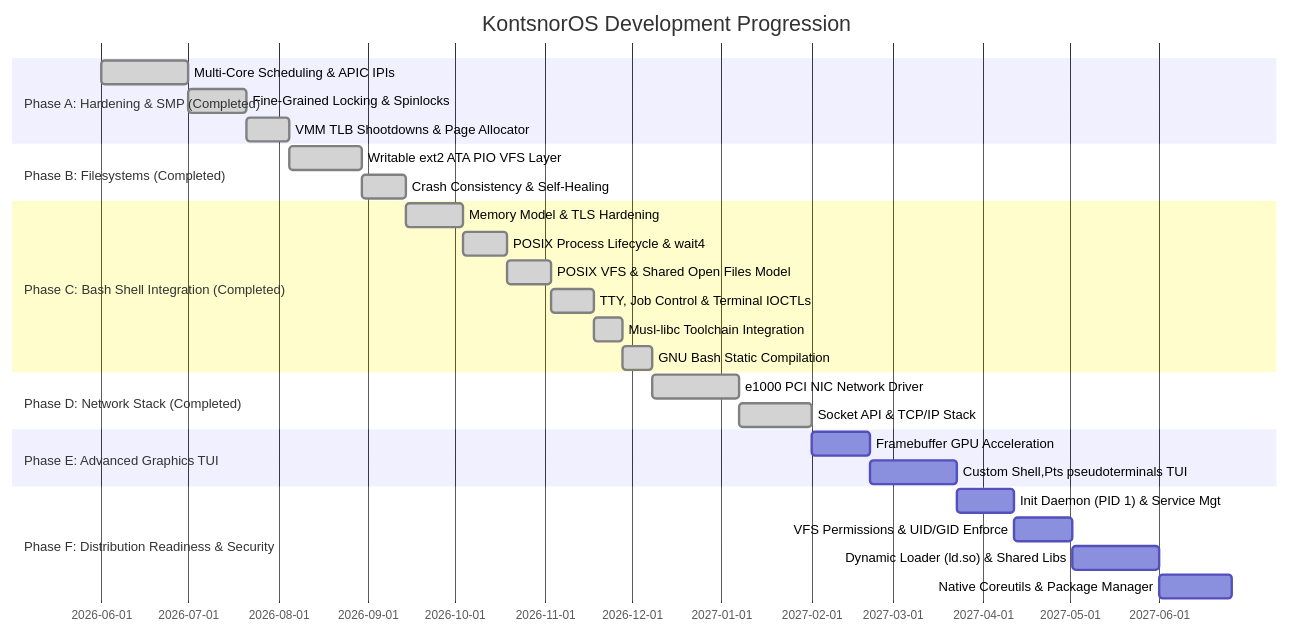
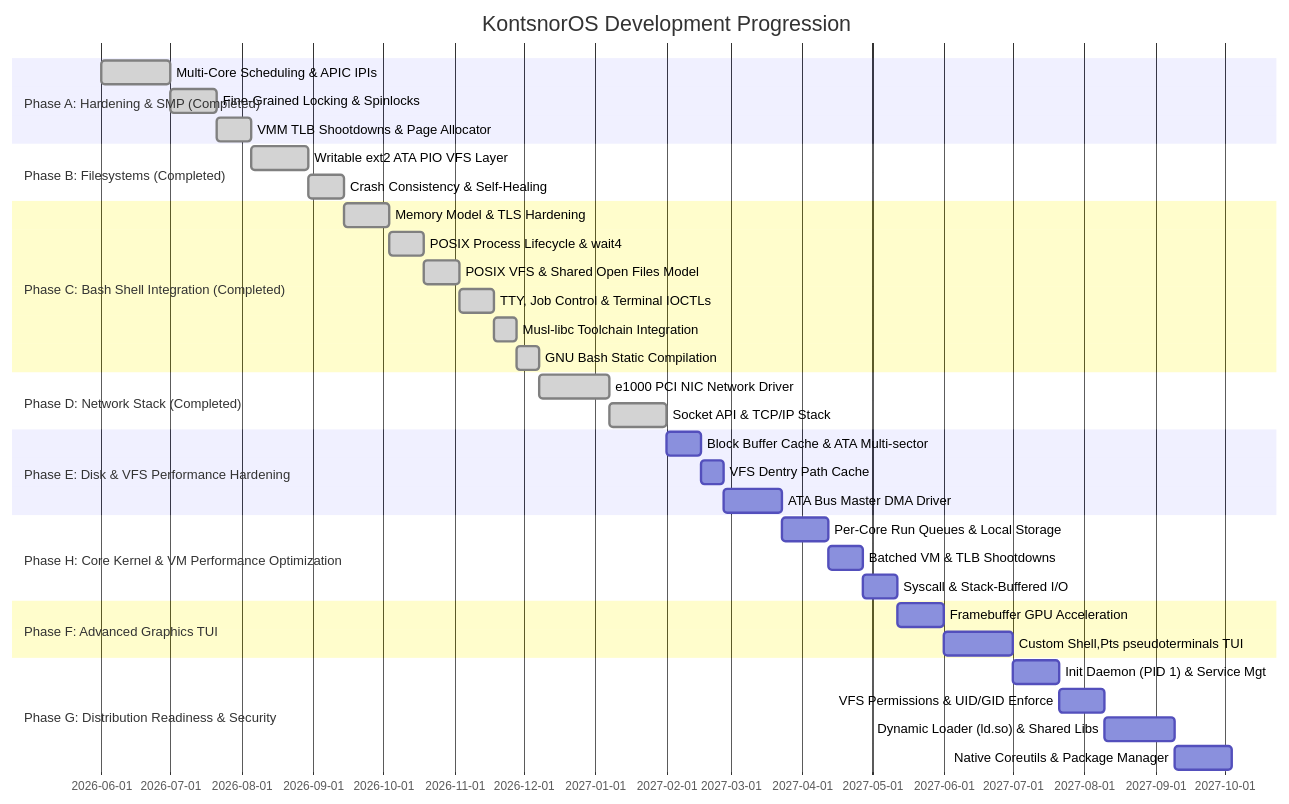
One commit to Kontsnor/KontsnorOS changed the diagram in docs/roadmap.md. Above: the diagram before and after it, drawn with Mermaid. The commit also changed other lines of this file, not shown here.

Commit message:
docs: integrate Phase H performance enhancements and renumber subsequent phases

````diff
--- a/docs/roadmap.md
+++ b/docs/roadmap.md
@@ -9,30 +9,38 @@
 ```mermaid
 gantt
     title KontsnorOS Development Progression
     dateFormat  YYYY-MM-DD
     section Phase A: Hardening & SMP (Completed)
     Multi-Core Scheduling & APIC IPIs   :done, des1, 2026-06-01, 30d
     Fine-Grained Locking & Spinlocks    :done, des2, after des1, 20d
     VMM TLB Shootdowns & Page Allocator :done, des3, after des2, 15d
     section Phase B: Filesystems (Completed)
     Writable ext2 ATA PIO VFS Layer     :done, fs1, after des3, 25d
     Crash Consistency & Self-Healing    :done, fs2, after fs1, 15d
     section Phase C: Bash Shell Integration (Completed)
     Memory Model & TLS Hardening        :done, bash1, after fs2, 20d
     POSIX Process Lifecycle & wait4     :done, bash2, after bash1, 15d
     POSIX VFS & Shared Open Files Model :done, bash3, after bash2, 15d
     TTY, Job Control & Terminal IOCTLs  :done, bash4, after bash3, 15d
     Musl-libc Toolchain Integration     :done, bash5, after bash4, 10d
     GNU Bash Static Compilation         :done, bash6, after bash5, 10d
     section Phase D: Network Stack (Completed)
     e1000 PCI NIC Network Driver       :done, net1, after bash6, 30d
     Socket API & TCP/IP Stack          :done, net2, after net1, 25d
-    section Phase E: Advanced Graphics TUI
-    Framebuffer GPU Acceleration        :         ui1, after net2, 20d
+    section Phase E: Disk & VFS Performance Hardening
+    Block Buffer Cache & ATA Multi-sector :         perf1, after net2, 15d
+    VFS Dentry Path Cache                 :         perf2, after perf1, 10d
+    ATA Bus Master DMA Driver            :         perf3, after perf2, 25d
+    section Phase H: Core Kernel & VM Performance Optimization
+    Per-Core Run Queues & Local Storage  :         core1, after perf3, 20d
+    Batched VM & TLB Shootdowns          :         core2, after core1, 15d
+    Syscall & Stack-Buffered I/O         :         core3, after core2, 15d
+    section Phase F: Advanced Graphics TUI
+    Framebuffer GPU Acceleration        :         ui1, after core3, 20d
     Custom Shell,Pts pseudoterminals TUI:         ui2, after ui1, 30d
-    section Phase F: Distribution Readiness & Security
+    section Phase G: Distribution Readiness & Security
     Init Daemon (PID 1) & Service Mgt   :         dist1, after ui2, 20d
     VFS Permissions & UID/GID Enforce   :         dist2, after dist1, 20d
     Dynamic Loader (ld.so) & Shared Libs:         dist3, after dist2, 30d
     Native Coreutils & Package Manager  :         dist4, after dist3, 25d
 ```
````
